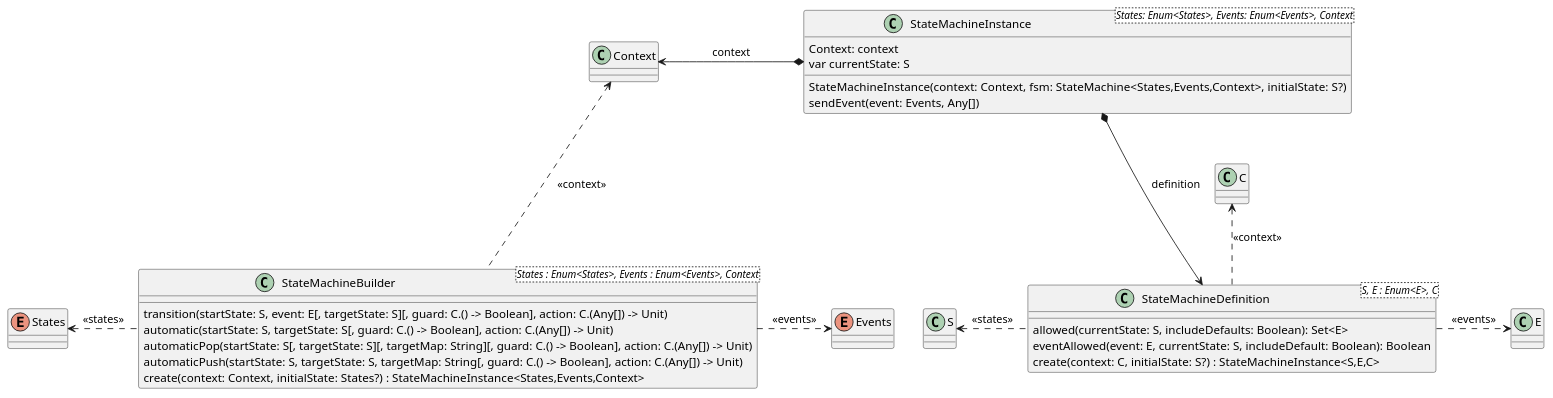
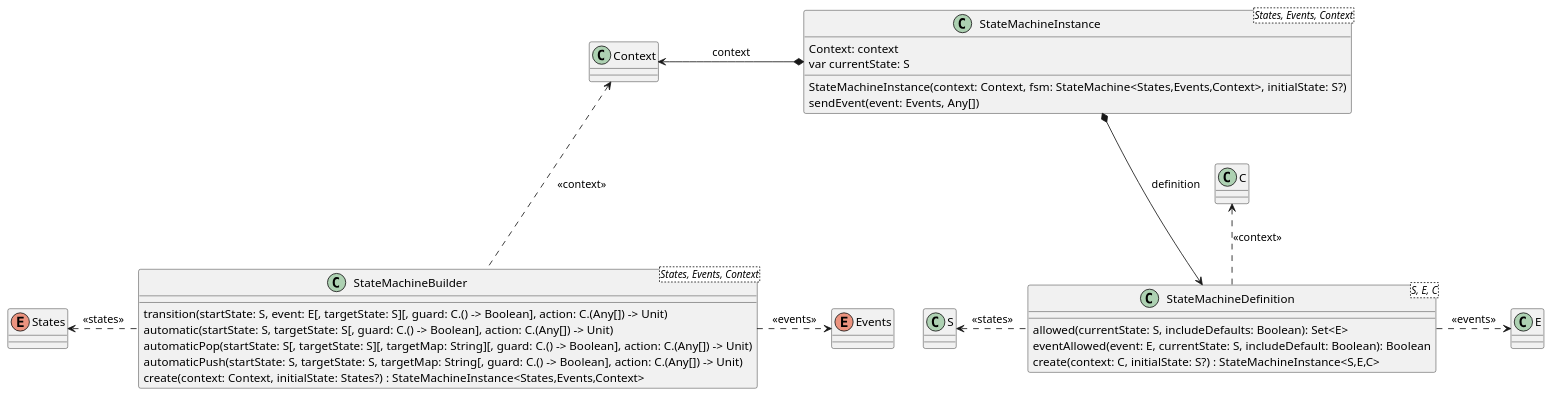
The diagram in src/docs/plantuml/statemachine-classes.plantuml (open-jumpco/kfsm), drawn with PlantUML before and after one commit. The commit also changed 50 other files, not shown here.

```diff
--- a/src/docs/plantuml/statemachine-classes.plantuml
+++ b/src/docs/plantuml/statemachine-classes.plantuml
@@ -1,42 +1,42 @@
 @startuml
 
 class Context {
 }
 enum States {
 }
 enum Events {
 }
 
-class StateMachineBuilder<States : Enum<States>, Events : Enum<Events>, Context> {
+class StateMachineBuilder<States, Events, Context> {
     transition(startState: S, event: E[, targetState: S][, guard: C.() -> Boolean], action: C.(Any[]) -> Unit)
     automatic(startState: S, targetState: S[, guard: C.() -> Boolean], action: C.(Any[]) -> Unit)
     automaticPop(startState: S[, targetState: S][, targetMap: String][, guard: C.() -> Boolean], action: C.(Any[]) -> Unit)
     automaticPush(startState: S, targetState: S, targetMap: String[, guard: C.() -> Boolean], action: C.(Any[]) -> Unit)
     create(context: Context, initialState: States?) : StateMachineInstance<States,Events,Context>
 }
 
-class StateMachineDefinition<S, E : Enum<E>, C> {
+class StateMachineDefinition<S, E, C> {
     allowed(currentState: S, includeDefaults: Boolean): Set<E>
     eventAllowed(event: E, currentState: S, includeDefault: Boolean): Boolean
     create(context: C, initialState: S?) : StateMachineInstance<S,E,C>
 }
 
-class StateMachineInstance<States: Enum<States>, Events: Enum<Events>, Context> {
+class StateMachineInstance<States, Events, Context> {
     StateMachineInstance(context: Context, fsm: StateMachine<States,Events,Context>, initialState: S?)
     Context: context
     var currentState: S
     sendEvent(event: Events, Any[])
 }
 
 StateMachineBuilder ..left..> States : <<states>>
 StateMachineBuilder ..right..> Events : <<events>>
 StateMachineBuilder ..up.> Context : <<context>>
 
 StateMachineDefinition .left.> S : <<states>>
 StateMachineDefinition .right.> E : <<events>>
 StateMachineDefinition .up.> C : <<context>>
 
 StateMachineInstance *---> StateMachineDefinition : definition
 StateMachineInstance *--left--> Context : context
 
 @enduml
```
